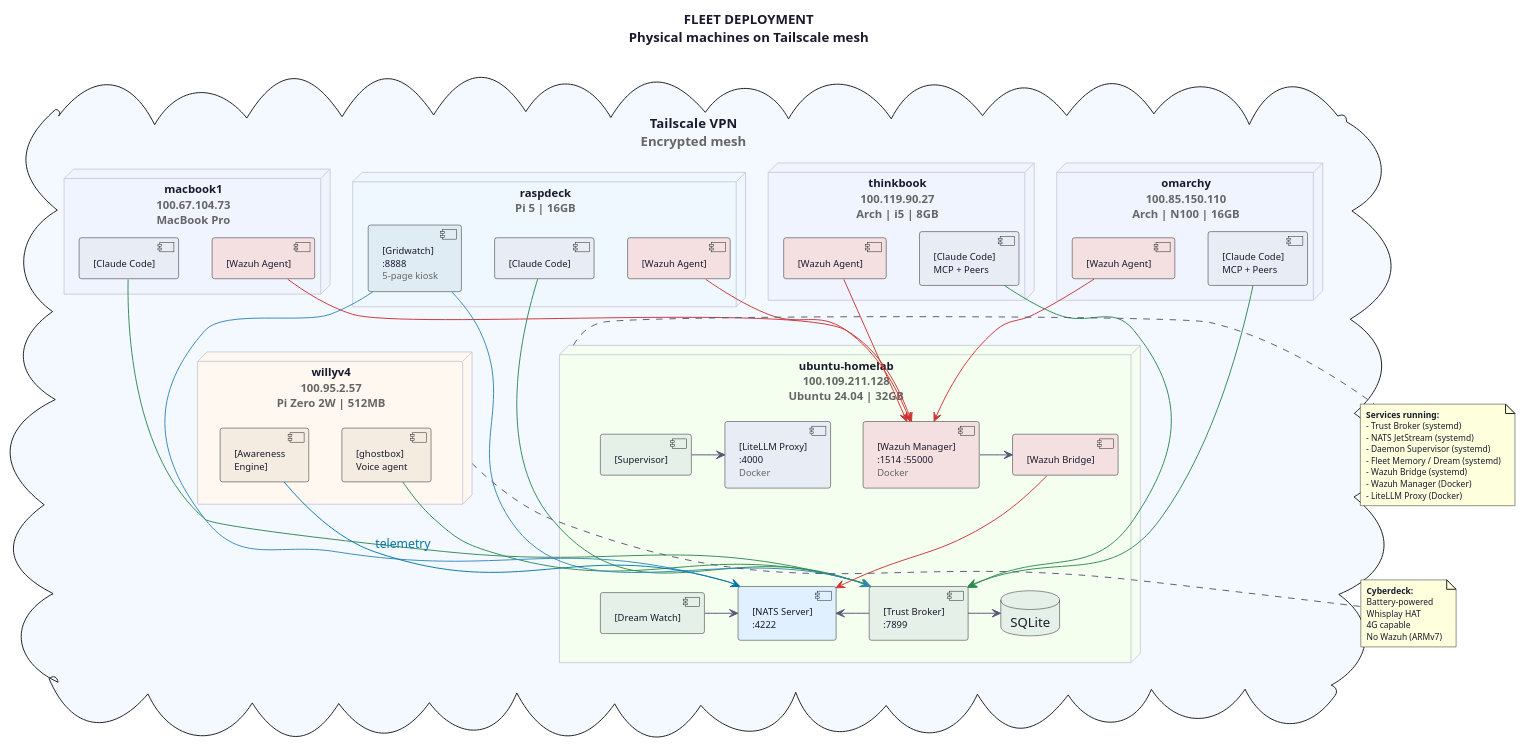
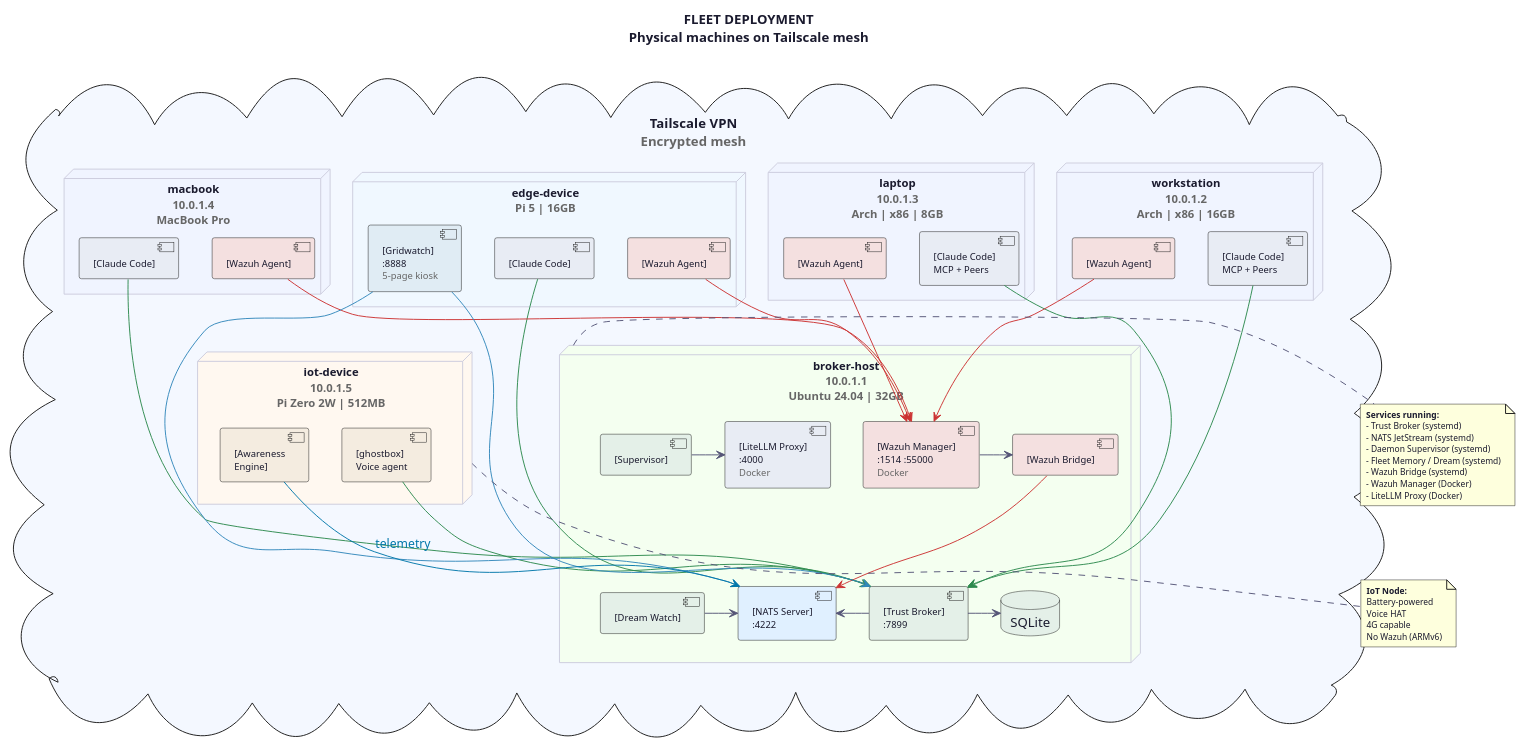
Before and after one commit to Human-Frontier-Labs-Inc/sontara-lattice: the diagram in docs/deployment.puml, drawn with PlantUML. The commit also changed 8 other files, not shown here.

First line of the commit message:
Clean diagrams: generic fleet names, remove PII PNGs

```diff
--- a/docs/deployment.puml
+++ b/docs/deployment.puml
@@ -1,97 +1,97 @@
 @startuml Fleet Deployment
 skinparam backgroundColor #FFFFFF
 skinparam defaultFontColor #1a1a2e
 skinparam defaultFontName "Helvetica"
 skinparam nodeFontSize 12
 skinparam componentFontSize 10
 skinparam noteFontSize 9
 skinparam arrowColor #555577
 skinparam rectangleBorderColor #ccccdd
 skinparam nodeBorderColor #ccccdd
 skinparam shadowing false
 
 title <b>FLEET DEPLOYMENT</b>\nPhysical machines on Tailscale mesh
 
 cloud "Tailscale VPN\n<color:#666>Encrypted mesh</color>" as tailscale #f4f8ff {
 
-  node "ubuntu-homelab\n<color:#666>100.109.211.128</color>\n<color:#666>Ubuntu 24.04 | 32GB</color>" as homelab #f4fff0 {
+  node "broker-host\n<color:#666>10.0.1.1</color>\n<color:#666>Ubuntu 24.04 | 32GB</color>" as homelab #f4fff0 {
     component "[Trust Broker]\n:7899" as broker #e4f0e8
     component "[NATS Server]\n:4222" as nats #e0f0ff
     component "[Supervisor]" as supervisor #e4f0e8
     component "[Dream Watch]" as dream #e4f0e8
     component "[Wazuh Bridge]" as wbridge #f4e0e0
     component "[Wazuh Manager]\n:1514 :55000\n<color:#666>Docker</color>" as wazuh #f4e0e0
     component "[LiteLLM Proxy]\n:4000\n<color:#666>Docker</color>" as litellm #e8ecf4
     database "SQLite" as db #e4f0e8
   }
 
-  node "omarchy\n<color:#666>100.85.150.110</color>\n<color:#666>Arch | N100 | 16GB</color>" as omarchy #f0f4ff {
+  node "workstation\n<color:#666>10.0.1.2</color>\n<color:#666>Arch | x86 | 16GB</color>" as ws1 #f0f4ff {
     component "[Claude Code]\nMCP + Peers" as cc1 #e8ecf4
     component "[Wazuh Agent]" as wa1 #f4e0e0
   }
 
-  node "thinkbook\n<color:#666>100.119.90.27</color>\n<color:#666>Arch | i5 | 8GB</color>" as thinkbook #f0f4ff {
+  node "laptop\n<color:#666>10.0.1.3</color>\n<color:#666>Arch | x86 | 8GB</color>" as lp1 #f0f4ff {
     component "[Claude Code]\nMCP + Peers" as cc2 #e8ecf4
     component "[Wazuh Agent]" as wa2 #f4e0e0
   }
 
-  node "raspdeck\n<color:#666>Pi 5 | 16GB</color>" as raspdeck #f0f8ff {
+  node "edge-device\n<color:#666>Pi 5 | 16GB</color>" as edge1 #f0f8ff {
     component "[Gridwatch]\n:8888\n<color:#666>5-page kiosk</color>" as gridwatch #e0ecf4
     component "[Claude Code]" as cc3 #e8ecf4
     component "[Wazuh Agent]" as wa3 #f4e0e0
   }
 
-  node "willyv4\n<color:#666>100.95.2.57</color>\n<color:#666>Pi Zero 2W | 512MB</color>" as willyv4 #fff8f0 {
+  node "iot-device\n<color:#666>10.0.1.5</color>\n<color:#666>Pi Zero 2W | 512MB</color>" as iot1 #fff8f0 {
     component "[ghostbox]\nVoice agent" as ghost #f4ece0
     component "[Awareness\nEngine]" as aware #f4ece0
   }
 
-  node "macbook1\n<color:#666>100.67.104.73</color>\n<color:#666>MacBook Pro</color>" as macbook #f0f4ff {
+  node "macbook\n<color:#666>10.0.1.4</color>\n<color:#666>MacBook Pro</color>" as macbook #f0f4ff {
     component "[Claude Code]" as cc4 #e8ecf4
     component "[Wazuh Agent]" as wa4 #f4e0e0
   }
 }
 
 ' Connections
 cc1 -[#2d8a4e]-> broker
 cc2 -[#2d8a4e]-> broker
 cc3 -[#2d8a4e]-> broker
 cc4 -[#2d8a4e]-> broker
 ghost -[#2d8a4e]-> broker
 
 wa1 -[#cc3333]-> wazuh
 wa2 -[#cc3333]-> wazuh
 wa3 -[#cc3333]-> wazuh
 wa4 -[#cc3333]-> wazuh
 wazuh -> wbridge
 wbridge -[#cc3333]-> nats
 
 broker -> nats
 broker -> db
 dream -> nats
 supervisor -> litellm
 gridwatch -[#3388bb]-> broker
 gridwatch -[#3388bb]-> nats
 
 aware -[#0077aa]-> nats : <color:#0077aa>telemetry</color>
 
 note right of homelab
   <b>Services running:</b>
   - Trust Broker (systemd)
   - NATS JetStream (systemd)
   - Daemon Supervisor (systemd)
   - Fleet Memory / Dream (systemd)
   - Wazuh Bridge (systemd)
   - Wazuh Manager (Docker)
   - LiteLLM Proxy (Docker)
 end note
 
-note bottom of willyv4
-  <b>Cyberdeck:</b>
+note bottom of iot1
+  <b>IoT Node:</b>
   Battery-powered
-  Whisplay HAT
+  Voice HAT
   4G capable
-  No Wazuh (ARMv7)
+  No Wazuh (ARMv6)
 end note
 
 @enduml
```
